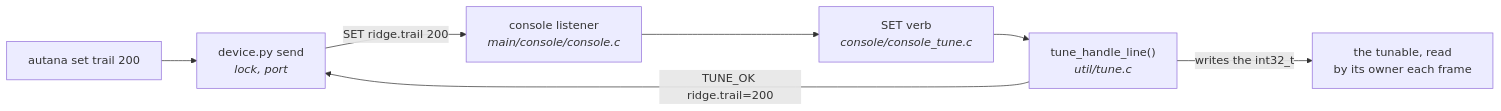
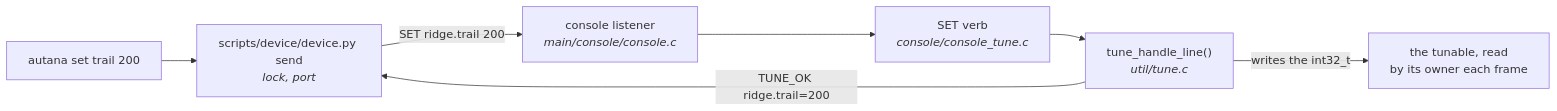
One commit to jose-villegas/autana changed the diagram in docs/tools/Live-Tuning.md. Above: the diagram before and after it, drawn with Mermaid. The commit also changed other lines of this file and 15 other files, not shown here.

````diff
--- a/docs/tools/Live-Tuning.md
+++ b/docs/tools/Live-Tuning.md
@@ -46,9 +47,9 @@
 ```mermaid
 flowchart LR
-    T["autana set trail 200"] --> D["device.py send<br/><i>lock, port</i>"]
+    T["autana set trail 200"] --> D["scripts/device/device.py send<br/><i>lock, port</i>"]
     D -->|"SET ridge.trail 200"| C["console listener<br/><i>main/console/console.c</i>"]
     C --> S["SET verb<br/><i>console/console_tune.c</i>"]
     S --> R["tune_handle_line()<br/><i>util/tune.c</i>"]
     R -->|"writes the int32_t"| V["the tunable, read<br/>by its owner each frame"]
     R -->|"TUNE_OK ridge.trail=200"| D
 ```
````
